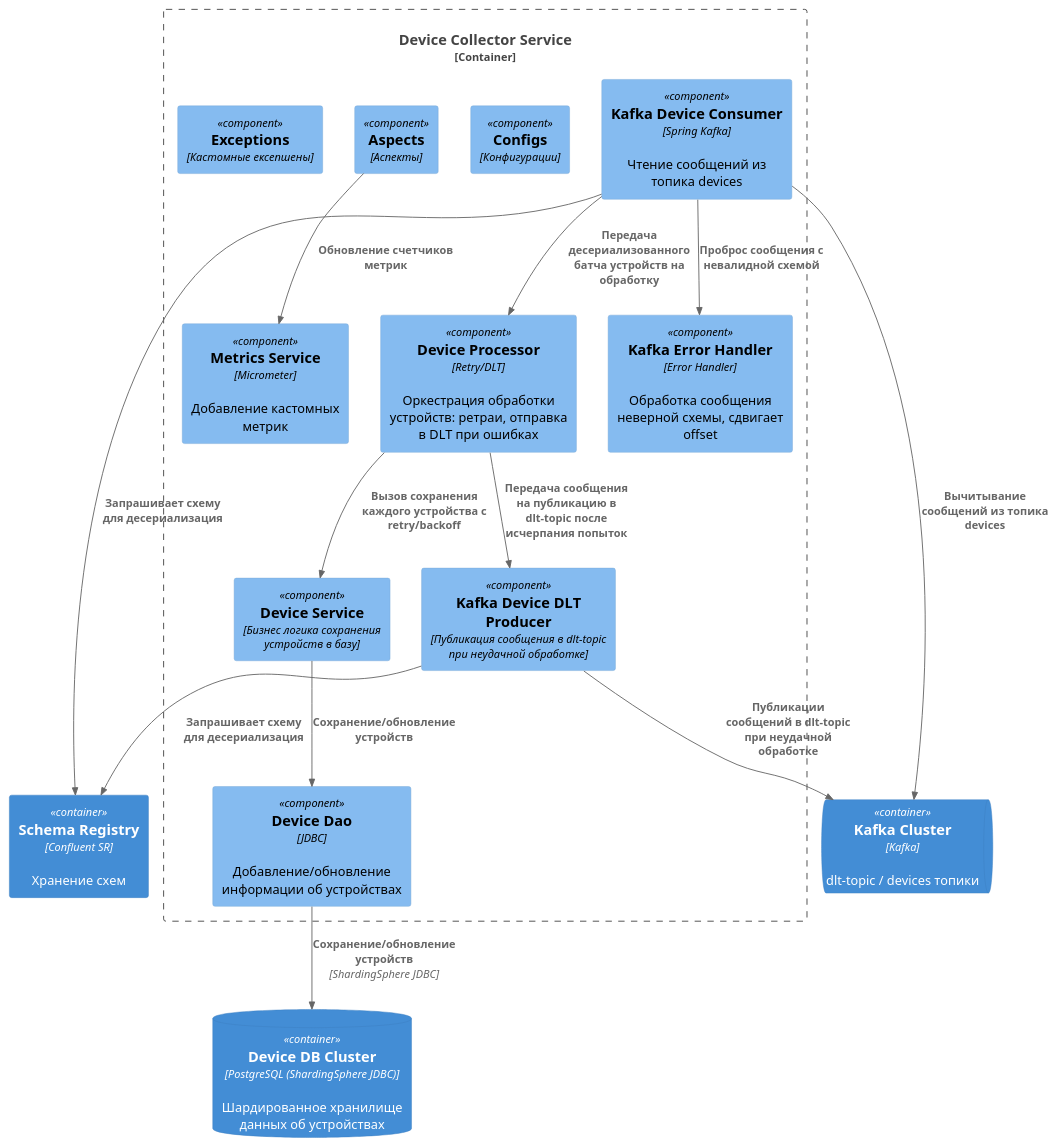
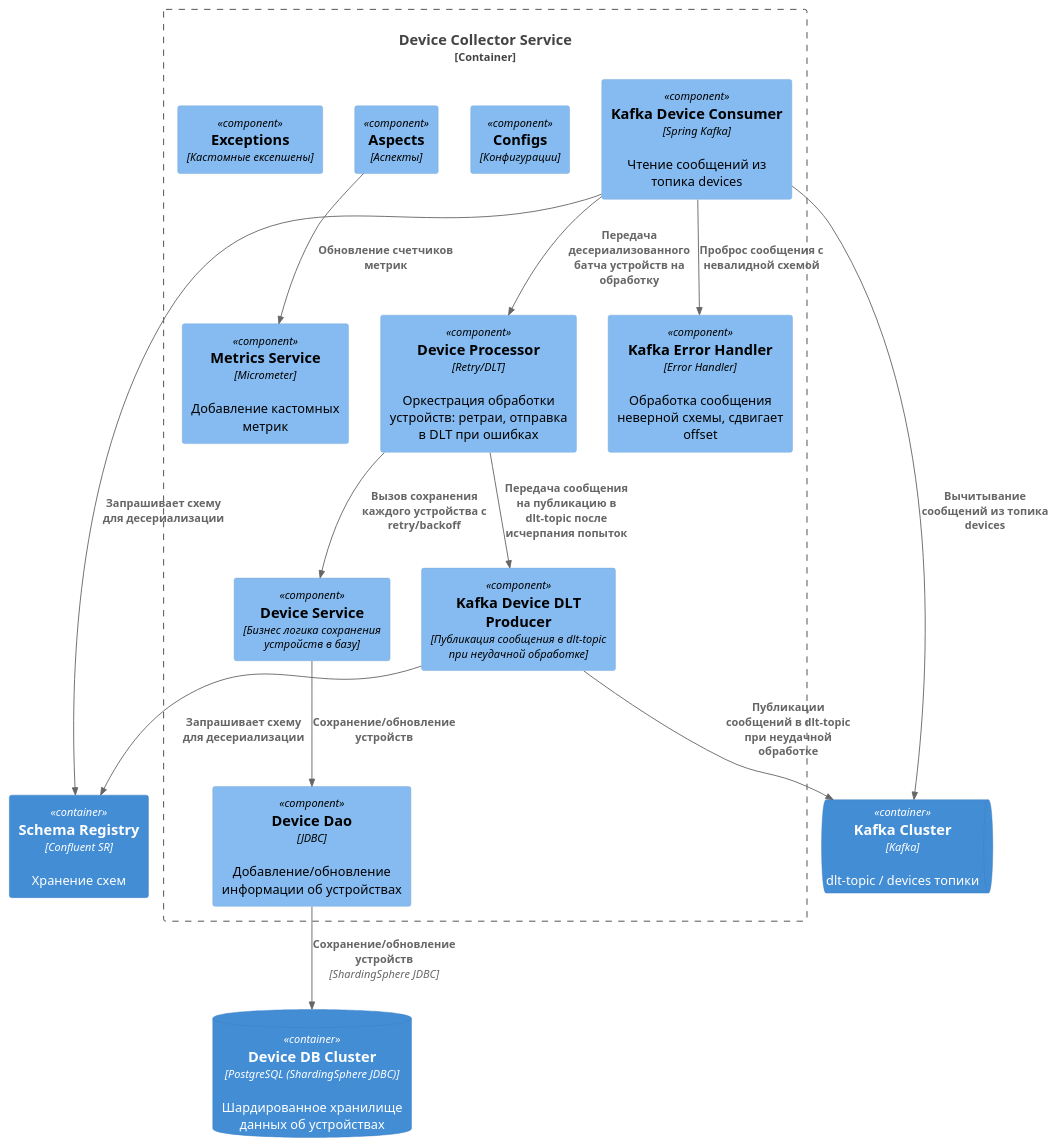
One commit to SinglePlayer56/iot changed the diagram in device-collector/diagrams/component.puml. Above: the diagram before and after it, drawn with PlantUML. The commit also changed 1 other file, not shown here.

Commit message:
Update device-collector diagram. Add component diagram for device-service.

```diff
--- a/device-collector/diagrams/component.puml
+++ b/device-collector/diagrams/component.puml
@@ -1,34 +1,34 @@
 @startuml
 !includeurl https://raw.githubusercontent.com/plantuml-stdlib/C4-PlantUML/master/C4_Component.puml
 
 Container_Boundary(device_collector_service, "Device Collector Service") {
     Component(device_processor, "Device Processor", "Retry/DLT", "Оркестрация обработки устройств: ретраи, отправка в DLT при ошибках")
     Component(device_service, "Device Service", "Бизнес логика сохранения устройств в базу")
     Component(device_repo, "Device Dao", "JDBC", "Добавление/обновление информации об устройствах")
     Component(kafka_device_consumer, "Kafka Device Consumer", "Spring Kafka", "Чтение сообщений из топика devices")
     Component(metrics_service, "Metrics Service", "Micrometer", "Добавление кастомных метрик")
     Component(configs, "Configs", "Конфигурации")
     Component(aspects, "Aspects", "Аспекты")
     Component(exceptions, "Exceptions", "Кастомные ексепшены")
     Component(kafka_device_dlt_producer, "Kafka Device DLT Producer", "Публикация сообщения в dlt-topic при неудачной обработке")
     Component(kafka_error_handler, "Kafka Error Handler", "Error Handler", "Обработка сообщения неверной схемы, сдвигает offset")
 
     Rel(aspects, metrics_service, "Обновление счетчиков метрик")
     Rel(device_service, device_repo, "Сохранение/обновление устройств")
     Rel(kafka_device_consumer, device_processor, "Передача десериализованного батча устройств на обработку")
     Rel(kafka_device_consumer, kafka_error_handler, "Проброс сообщения с невалидной схемой")
     Rel(device_processor, device_service, "Вызов сохранения каждого устройства с retry/backoff")
     Rel(device_processor, kafka_device_dlt_producer, "Передача сообщения на публикацию в dlt-topic после исчерпания попыток")
 }
 
 ContainerDb(device_collector_data, "Device DB Cluster", "PostgreSQL (ShardingSphere JDBC)", "Шардированное хранилище данных об устройствах")
 ContainerQueue(kafka, "Kafka Cluster", "Kafka", "dlt-topic / devices топики")
 Container(schema_registry, "Schema Registry", "Confluent SR", "Хранение схем")
 
-Rel(kafka_device_consumer, schema_registry, "Запрашивает схему для десериализация")
-Rel(kafka_device_dlt_producer, schema_registry, "Запрашивает схему для десериализация")
+Rel(kafka_device_consumer, schema_registry, "Запрашивает схему для десериализации")
+Rel(kafka_device_dlt_producer, schema_registry, "Запрашивает схему для десериализации")
 Rel(kafka_device_consumer, kafka, "Вычитывание сообщений из топика devices")
 Rel(kafka_device_dlt_producer, kafka, "Публикации сообщений в dlt-topic при неудачной обработке")
 Rel(device_repo,device_collector_data, "Сохранение/обновление устройств", "ShardingSphere JDBC")
 
 @enduml
```
